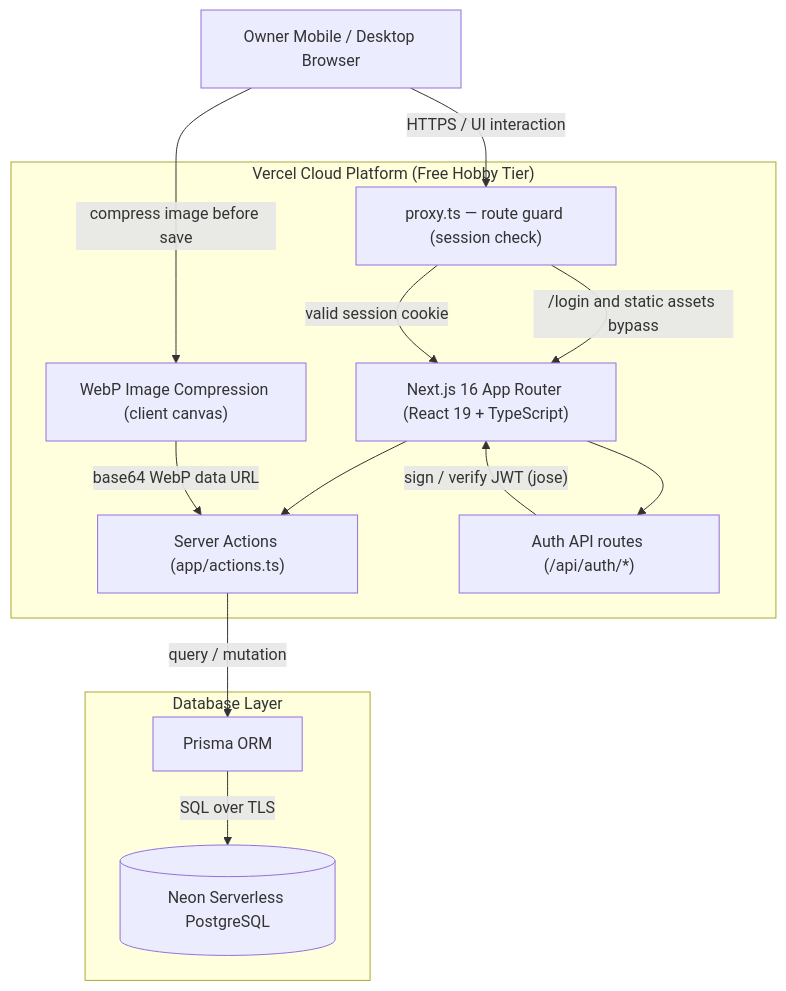
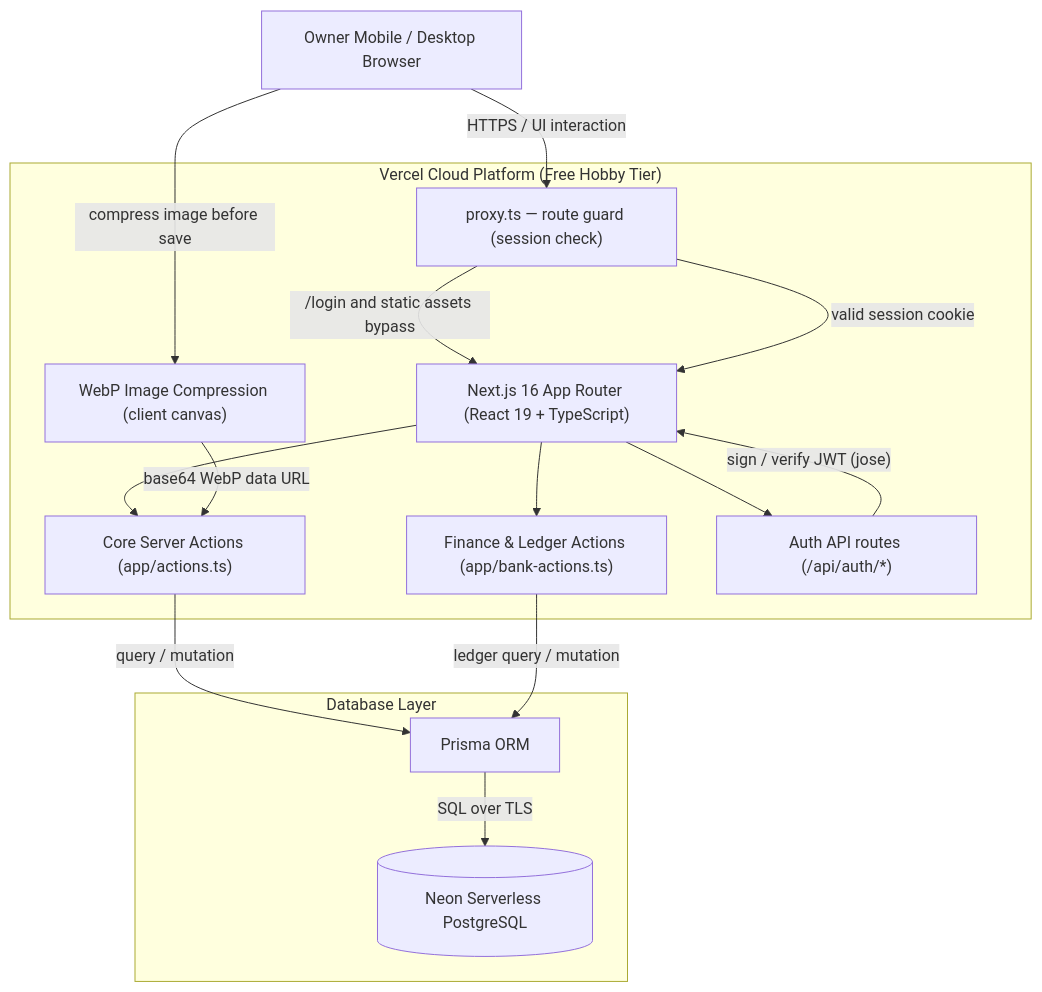
Before and after one commit to hashir1313/invento: the first of 7 diagrams in docs/architecture.md, drawn with Mermaid. The commit also changed other lines of this file and 6 other files, not shown here.

````diff
--- a/docs/architecture.md
+++ b/docs/architecture.md
@@ -7,28 +7,31 @@
 ```mermaid
 graph TD
     Client["Owner Mobile / Desktop Browser"]
 
     subgraph Vercel["Vercel Cloud Platform (Free Hobby Tier)"]
         Proxy["proxy.ts — route guard (session check)"]
         NextApp["Next.js 16 App Router (React 19 + TypeScript)"]
-        ServerActions["Server Actions (app/actions.ts)"]
+        ServerActions["Core Server Actions (app/actions.ts)"]
+        BankActions["Finance & Ledger Actions (app/bank-actions.ts)"]
         AuthApi["Auth API routes (/api/auth/*)"]
         Compressor["WebP Image Compression (client canvas)"]
     end
 
     subgraph Database["Database Layer"]
         Prisma["Prisma ORM"]
         NeonDB[("Neon Serverless PostgreSQL")]
     end
 
     Client -->|"HTTPS / UI interaction"| Proxy
     Proxy -->|"/login and static assets bypass"| NextApp
     Proxy -->|"valid session cookie"| NextApp
     NextApp --> ServerActions
+    NextApp --> BankActions
     NextApp --> AuthApi
     ServerActions -->|"query / mutation"| Prisma
+    BankActions -->|"ledger query / mutation"| Prisma
     Prisma -->|"SQL over TLS"| NeonDB
     Client -->|"compress image before save"| Compressor
     Compressor -->|"base64 WebP data URL"| ServerActions
     AuthApi -->|"sign / verify JWT (jose)"| NextApp
 ```
````
